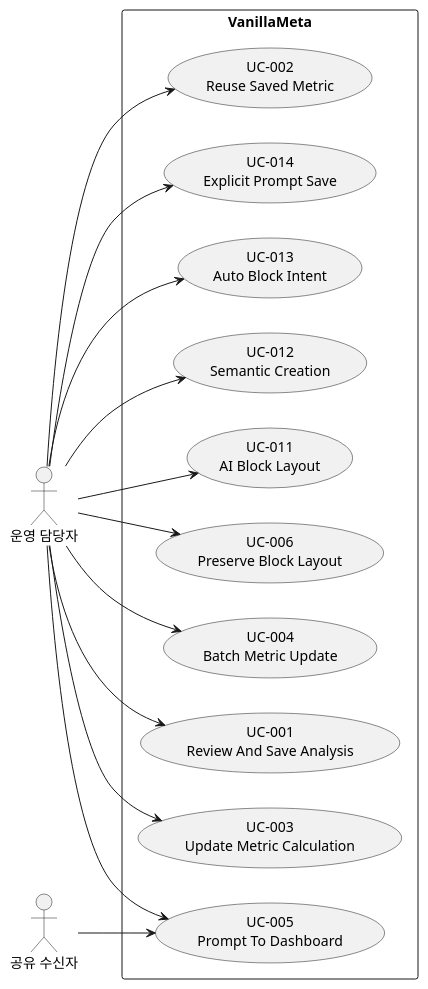
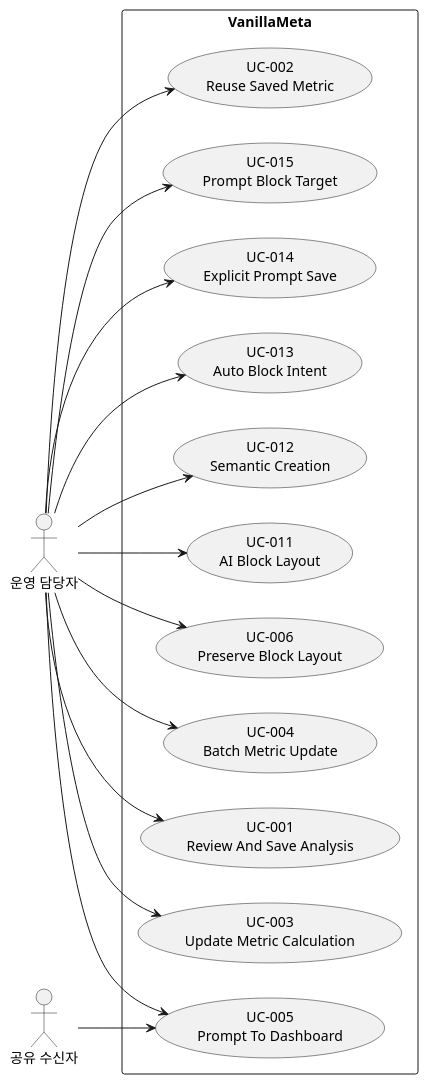
The diagram in docs/use_cases.puml (vanillabrain/vanillameta), drawn with PlantUML before and after one commit. The commit also changed 17 other files, not shown here.

Commit message:
feat: resolve prompt block targets and clarify ambiguous choices

```diff
--- a/docs/use_cases.puml
+++ b/docs/use_cases.puml
@@ -1,28 +1,30 @@
 @startuml
 left to right direction
 actor "운영 담당자" as operator
 rectangle "VanillaMeta" {
+ usecase "UC-015\nPrompt Block Target" as UC015
  usecase "UC-014\nExplicit Prompt Save" as UC014
  usecase "UC-013\nAuto Block Intent" as UC013
  usecase "UC-012\nSemantic Creation" as UC012
  usecase "UC-011\nAI Block Layout" as UC011
  usecase "UC-006\nPreserve Block Layout" as UC006
  usecase "UC-005\nPrompt To Dashboard" as UC005
  usecase "UC-004\nBatch Metric Update" as UC004
  usecase "UC-001\nReview And Save Analysis" as UC001
  usecase "UC-003\nUpdate Metric Calculation" as UC003
  usecase "UC-002\nReuse Saved Metric" as UC002
 }
+operator --> UC015
 operator --> UC014
 operator --> UC013
 operator --> UC012
 operator --> UC011
 operator --> UC006
 operator --> UC005
 actor "공유 수신자" as recipient
 recipient --> UC005
 operator --> UC004
 operator --> UC003
 operator --> UC002
 operator --> UC001
 @enduml
```
